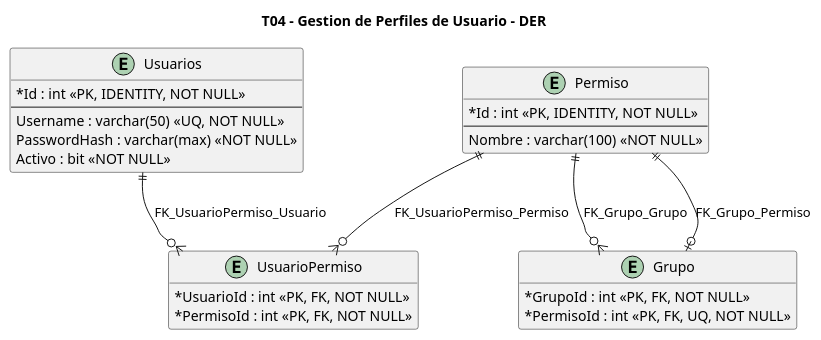
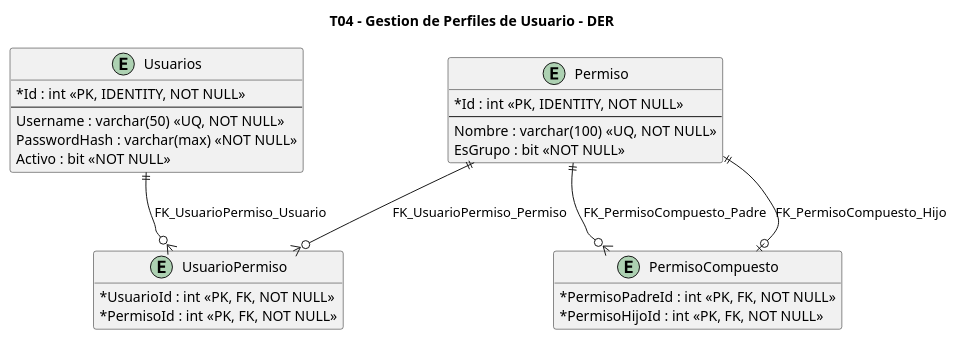
One commit to aggutierrez98/TP-TD changed the diagram in diagramas/T04-perfiles-usuario/T04-perfiles-usuario-datos.puml. Above: the diagram before and after it, drawn with PlantUML. The commit also changed 13 other files, not shown here.

```diff
--- a/diagramas/T04-perfiles-usuario/T04-perfiles-usuario-datos.puml
+++ b/diagramas/T04-perfiles-usuario/T04-perfiles-usuario-datos.puml
@@ -1,37 +1,38 @@
 @startuml
 title T04 - Gestion de Perfiles de Usuario - DER
 
 hide methods
 hide stereotypes
 skinparam classAttributeIconSize 0
 
 entity "Usuarios" as Usuarios {
   *Id : int <<PK, IDENTITY, NOT NULL>>
   --
   Username : varchar(50) <<UQ, NOT NULL>>
   PasswordHash : varchar(max) <<NOT NULL>>
   Activo : bit <<NOT NULL>>
 }
 
 entity "Permiso" as Permiso {
   *Id : int <<PK, IDENTITY, NOT NULL>>
   --
-  Nombre : varchar(100) <<NOT NULL>>
+  Nombre : varchar(100) <<UQ, NOT NULL>>
+  EsGrupo : bit <<NOT NULL>>
 }
 
-entity "Grupo" as Grupo {
-  *GrupoId : int <<PK, FK, NOT NULL>>
-  *PermisoId : int <<PK, FK, UQ, NOT NULL>>
+entity "PermisoCompuesto" as PermisoCompuesto {
+  *PermisoPadreId : int <<PK, FK, NOT NULL>>
+  *PermisoHijoId : int <<PK, FK, NOT NULL>>
 }
 
 entity "UsuarioPermiso" as UsuarioPermiso {
   *UsuarioId : int <<PK, FK, NOT NULL>>
   *PermisoId : int <<PK, FK, NOT NULL>>
 }
 
-Permiso ||--o{ Grupo : FK_Grupo_Grupo
-Permiso ||--o| Grupo : FK_Grupo_Permiso
+Permiso ||--o{ PermisoCompuesto : FK_PermisoCompuesto_Padre
+Permiso ||--o| PermisoCompuesto : FK_PermisoCompuesto_Hijo
 Usuarios ||--o{ UsuarioPermiso : FK_UsuarioPermiso_Usuario
 Permiso ||--o{ UsuarioPermiso : FK_UsuarioPermiso_Permiso
 
 @enduml
```
